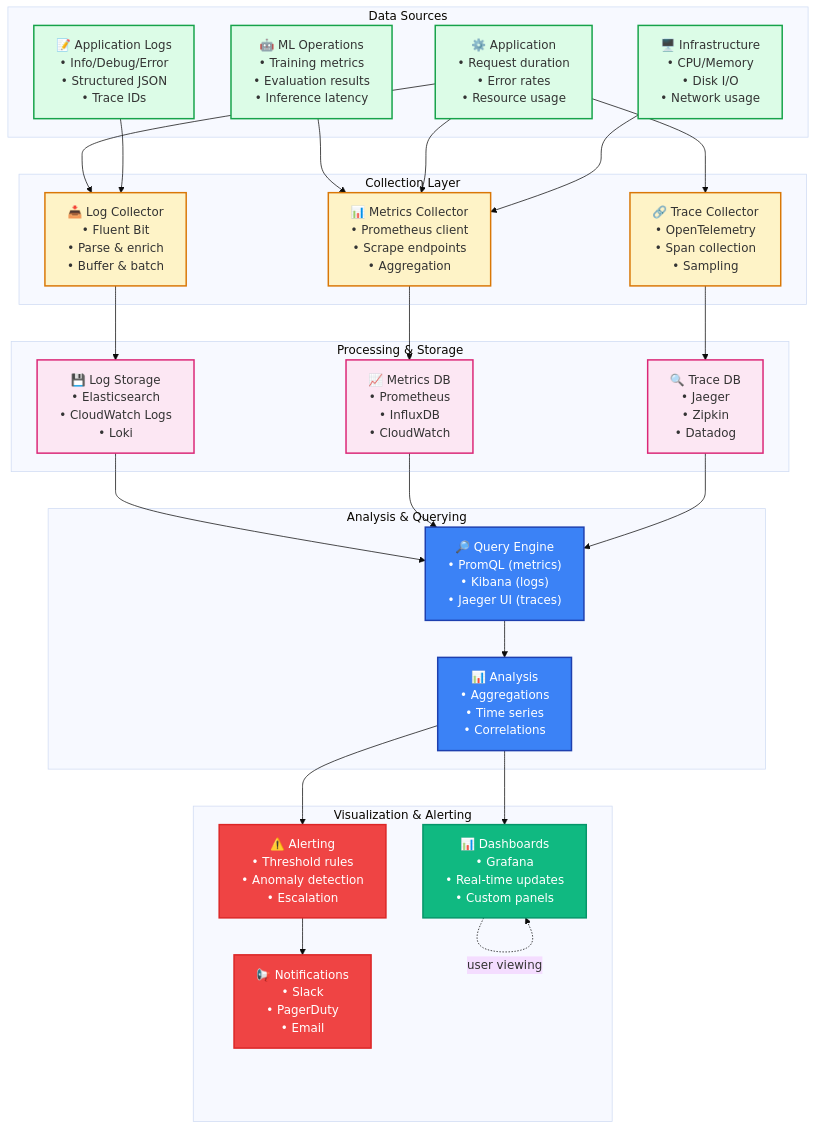
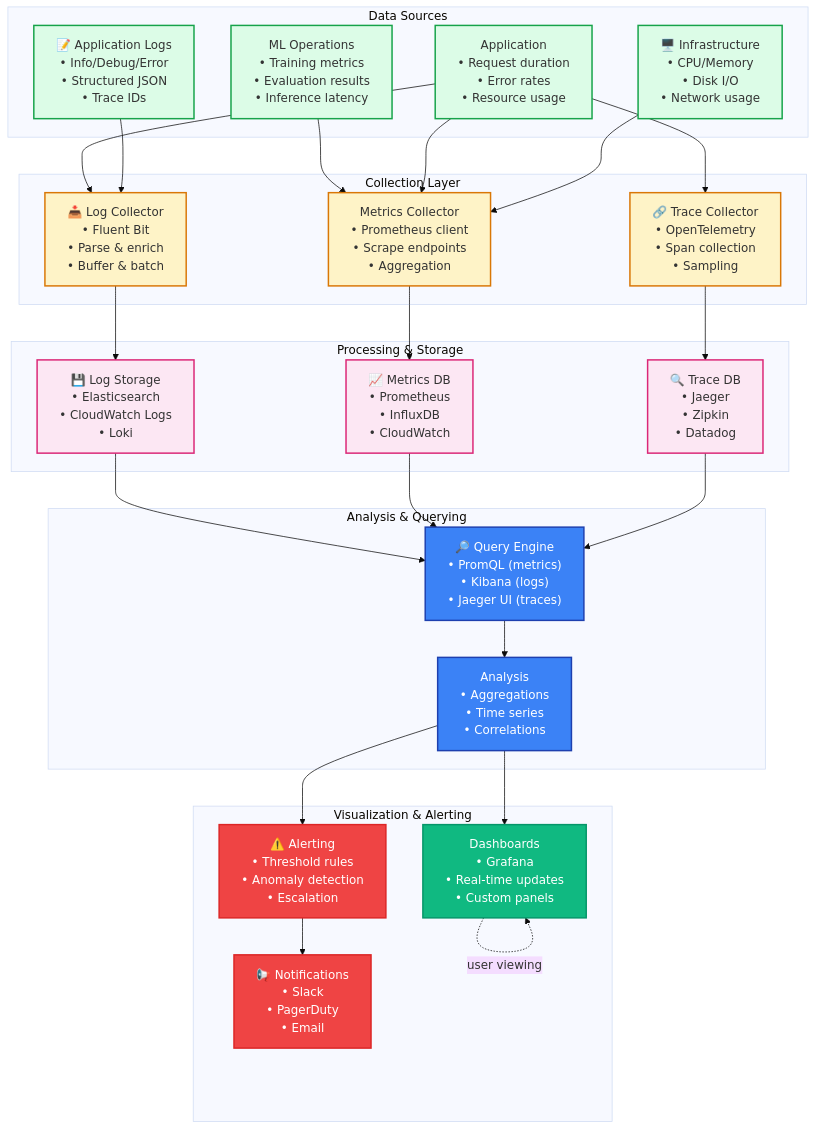
One commit to Aries-Serpent/_codex_ changed the diagram in docs/monitoring/MONITORING_ARCHITECTURE.md. Above: the diagram before and after it, drawn with Mermaid. The commit also changed other lines of this file and 2029 other files, not shown here.

````diff
--- a/docs/monitoring/MONITORING_ARCHITECTURE.md
+++ b/docs/monitoring/MONITORING_ARCHITECTURE.md
@@ -11,78 +13,78 @@
 ```mermaid
 %%{init: {'accessibility': {'title': 'Monitoring Architecture<br/>Metrics Logs Traces Alerts'}, 'theme': 'base'}}%%
 graph TB
     subgraph "Data Sources"
-        ML["🤖 ML Operations<br/>• Training metrics<br/>• Evaluation results<br/>• Inference latency"]
-        App["⚙️ Application<br/>• Request duration<br/>• Error rates<br/>• Resource usage"]
+        ML[" ML Operations<br/>• Training metrics<br/>• Evaluation results<br/>• Inference latency"]
+        App[" Application<br/>• Request duration<br/>• Error rates<br/>• Resource usage"]
         Infra["🖥️ Infrastructure<br/>• CPU/Memory<br/>• Disk I/O<br/>• Network usage"]
         Logs["📝 Application Logs<br/>• Info/Debug/Error<br/>• Structured JSON<br/>• Trace IDs"]
     end
 
     subgraph "Collection Layer"
         LogCollector["📥 Log Collector<br/>• Fluent Bit<br/>• Parse & enrich<br/>• Buffer & batch"]
-        MetricsCollector["📊 Metrics Collector<br/>• Prometheus client<br/>• Scrape endpoints<br/>• Aggregation"]
+        MetricsCollector[" Metrics Collector<br/>• Prometheus client<br/>• Scrape endpoints<br/>• Aggregation"]
         TraceCollector["🔗 Trace Collector<br/>• OpenTelemetry<br/>• Span collection<br/>• Sampling"]
     end
 
     subgraph "Processing & Storage"
         LogStorage["💾 Log Storage<br/>• Elasticsearch<br/>• CloudWatch Logs<br/>• Loki"]
         MetricsDB["📈 Metrics DB<br/>• Prometheus<br/>• InfluxDB<br/>• CloudWatch"]
         TraceDB["🔍 Trace DB<br/>• Jaeger<br/>• Zipkin<br/>• Datadog"]
     end
 
     subgraph "Analysis & Querying"
         Query["🔎 Query Engine<br/>• PromQL (metrics)<br/>• Kibana (logs)<br/>• Jaeger UI (traces)"]
-        Analysis["📊 Analysis<br/>• Aggregations<br/>• Time series<br/>• Correlations"]
+        Analysis[" Analysis<br/>• Aggregations<br/>• Time series<br/>• Correlations"]
     end
 
     subgraph "Visualization & Alerting"
-        Dashboard["📊 Dashboards<br/>• Grafana<br/>• Real-time updates<br/>• Custom panels"]
+        Dashboard[" Dashboards<br/>• Grafana<br/>• Real-time updates<br/>• Custom panels"]
         Alert["⚠️ Alerting<br/>• Threshold rules<br/>• Anomaly detection<br/>• Escalation"]
         Notify["📢 Notifications<br/>• Slack<br/>• PagerDuty<br/>• Email"]
     end
 
     %% Data flow
     ML --> MetricsCollector
     App --> MetricsCollector
     App --> LogCollector
     Logs --> LogCollector
     Infra --> MetricsCollector
 
     App --> TraceCollector
     
     LogCollector --> LogStorage
     MetricsCollector --> MetricsDB
     TraceCollector --> TraceDB
 
     LogStorage --> Query
     MetricsDB --> Query
     TraceDB --> Query
 
     Query --> Analysis
     Analysis --> Dashboard
     Analysis --> Alert
 
     Alert --> Notify
     Dashboard -.user viewing.-> Dashboard
 
     %% Styling
     style ML fill:#dcfce7,stroke:#16a34a,stroke-width:2px
     style App fill:#dcfce7,stroke:#16a34a,stroke-width:2px
     style Infra fill:#dcfce7,stroke:#16a34a,stroke-width:2px
     style Logs fill:#dcfce7,stroke:#16a34a,stroke-width:2px
 
     style LogCollector fill:#fef3c7,stroke:#d97706,stroke-width:2px
     style MetricsCollector fill:#fef3c7,stroke:#d97706,stroke-width:2px
     style TraceCollector fill:#fef3c7,stroke:#d97706,stroke-width:2px
 
     style LogStorage fill:#fce7f3,stroke:#db2777,stroke-width:2px
     style MetricsDB fill:#fce7f3,stroke:#db2777,stroke-width:2px
     style TraceDB fill:#fce7f3,stroke:#db2777,stroke-width:2px
 
     style Query fill:#3b82f6,stroke:#1e40af,stroke-width:2px,color:#fff
     style Analysis fill:#3b82f6,stroke:#1e40af,stroke-width:2px,color:#fff
 
     style Dashboard fill:#10b981,stroke:#059669,stroke-width:2px,color:#fff
     style Alert fill:#ef4444,stroke:#dc2626,stroke-width:2px,color:#fff
     style Notify fill:#ef4444,stroke:#dc2626,stroke-width:2px,color:#fff
 ```
````
